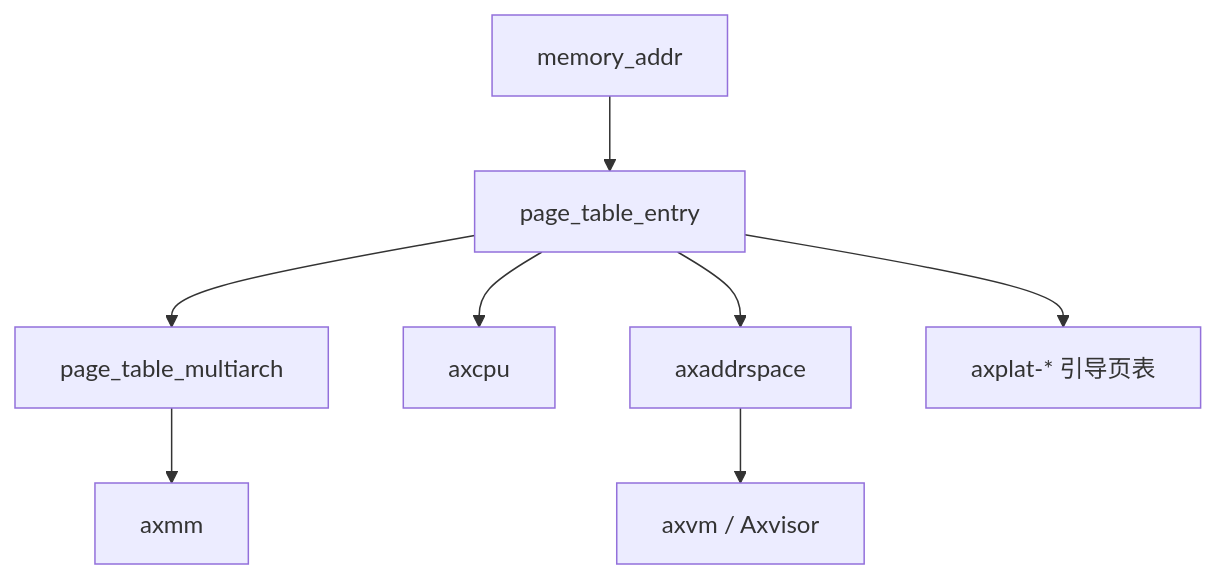
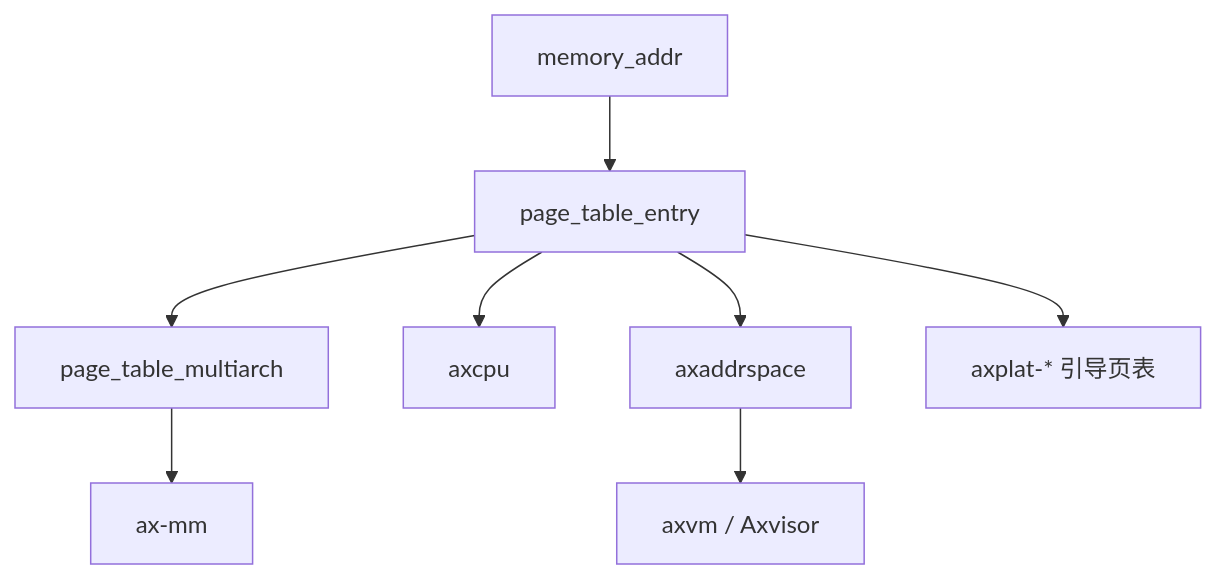
One commit to zKurisu/tgoskits changed the diagram in docs/crates/page_table_entry.md. Above: the diagram before and after it, drawn with Mermaid. The commit also changed other lines of this file and 34 other files, not shown here.

````diff
--- a/docs/crates/page_table_entry.md
+++ b/docs/crates/page_table_entry.md
@@ -184,10 +184,10 @@
 ```mermaid
 graph TD
     A[memory_addr] --> B[page_table_entry]
     B --> C[page_table_multiarch]
     B --> D[axcpu]
     B --> E[axaddrspace]
-    C --> F[axmm]
+    C --> F[ax-mm]
     E --> G[axvm / Axvisor]
     B --> H[axplat-* 引导页表]
 ```
````
